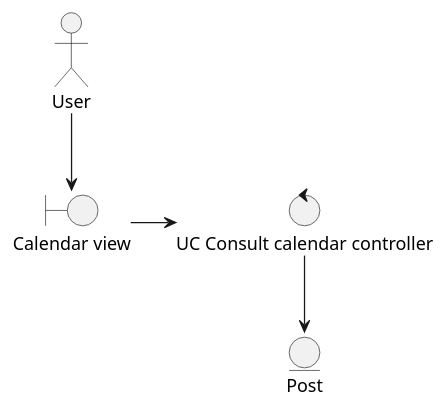
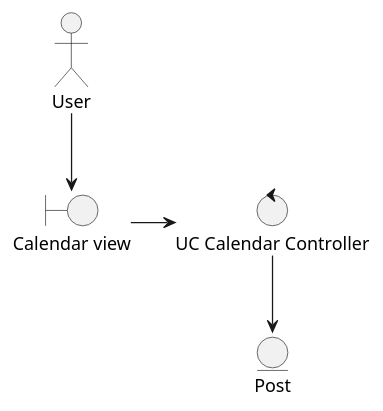
The diagram in docs/scenariosView/analysisClassDiagram/useCase-ConsultarCalendario.plantuml (Dayannis-07/ING_SOFT), drawn with PlantUML before and after one commit. The commit also changed 1 other file, not shown here.

```diff
--- a/docs/scenariosView/analysisClassDiagram/useCase-ConsultarCalendario.plantuml
+++ b/docs/scenariosView/analysisClassDiagram/useCase-ConsultarCalendario.plantuml
@@ -1,10 +1,10 @@
 @startuml Consultar Calendario
 actor User as User
 
 boundary "Calendar view" as view
-control "UC Consult calendar controller" as controller
+control "UC Calendar Controller" as controller
 entity Post as P
 User --> view
 view-r->controller 
 controller-->P 
 @enduml
```
